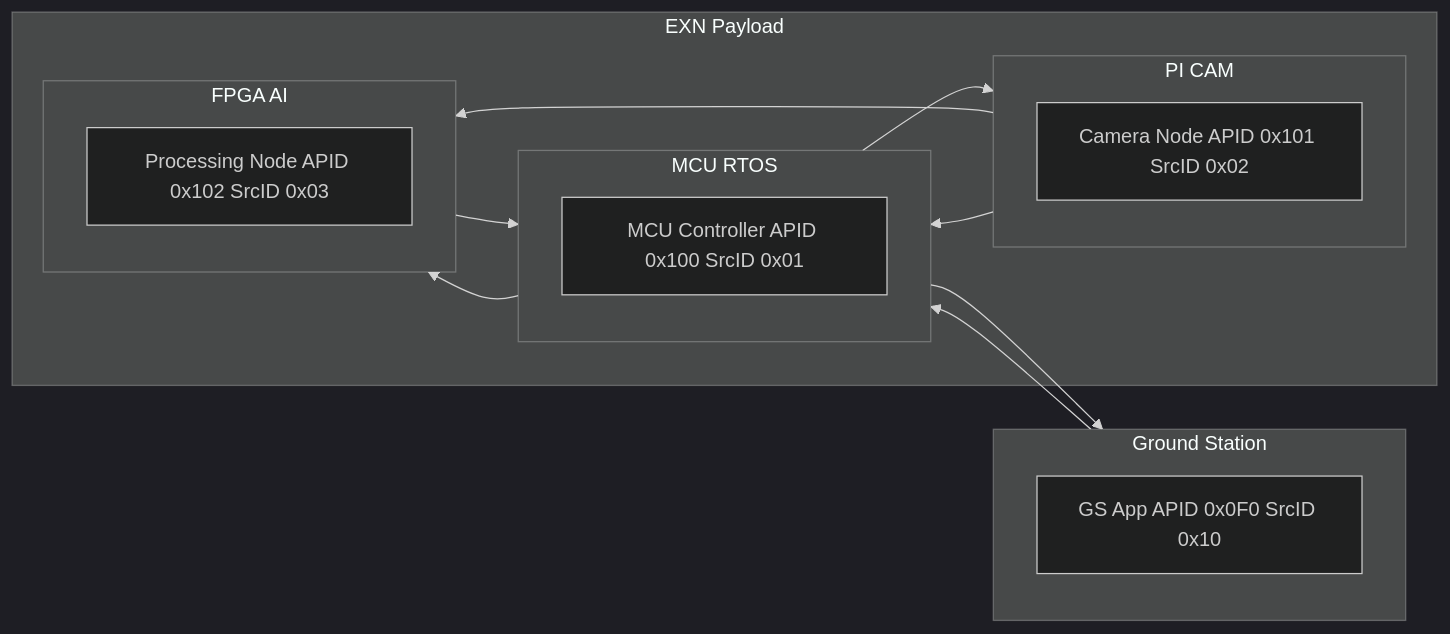
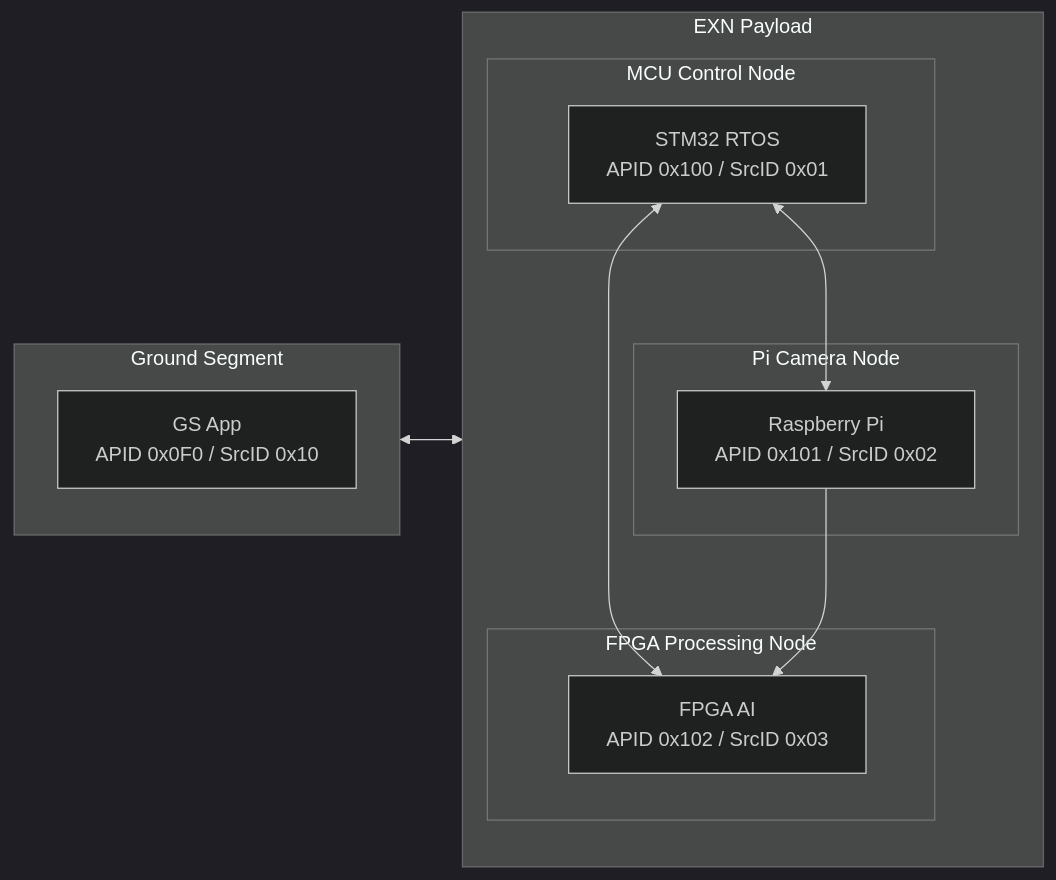
One commit to ExoSpaceLabs/exn changed the diagram in README.md. Above: the diagram before and after it, drawn with Mermaid (dark theme). The commit also changed other lines of this file, not shown here.

````diff
--- a/README.md
+++ b/README.md
@@ -42,38 +65,28 @@
 ```mermaid
 graph LR
-  %% GitHub-friendly Mermaid: quoted subgraph labels and explicit directions
-  subgraph "Ground Station"
+  subgraph "Ground Segment"
     direction TB
-    GSNode[GS App APID 0x0F0 SrcID 0x10]
+    GSNode[GS App<br/>APID 0x0F0 / SrcID 0x10]
   end
 
   subgraph "EXN Payload"
-  
-      subgraph "MCU RTOS"
-        direction TB
-        MCUNode[MCU Controller APID 0x100 SrcID 0x01]
-      end
-    
-      subgraph "PI CAM"
-        direction TB
-        PiNode[Camera Node APID 0x101 SrcID 0x02]
-      end
-    
-      subgraph "FPGA AI"
-        direction TB
-        FpgaNode[Processing Node APID 0x102 SrcID 0x03]
-      end
-      
+    direction TB
+
+    subgraph "MCU Control Node"
+      MCUNode[STM32 RTOS<br/>APID 0x100 / SrcID 0x01]
+    end
+
+    subgraph "Pi Camera Node"
+      PiNode[Raspberry Pi<br/>APID 0x101 / SrcID 0x02]
+    end
+
+    subgraph "FPGA Processing Node"
+      FpgaNode[FPGA AI<br/>APID 0x102 / SrcID 0x03]
+    end
   end
 
-  GSNode --> MCUNode
-  MCUNode --> GSNode
-
-  MCUNode --> PiNode
-  MCUNode --> FpgaNode
-
-  PiNode --> MCUNode
-  FpgaNode --> MCUNode
-
+  GSNode <--> MCUNode
+  MCUNode <--> PiNode
+  MCUNode <--> FpgaNode
   PiNode --> FpgaNode
 ```
````
